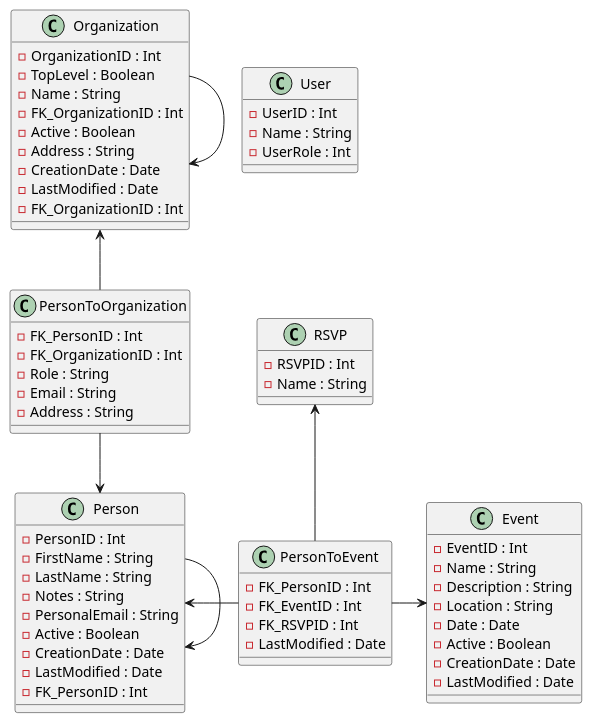
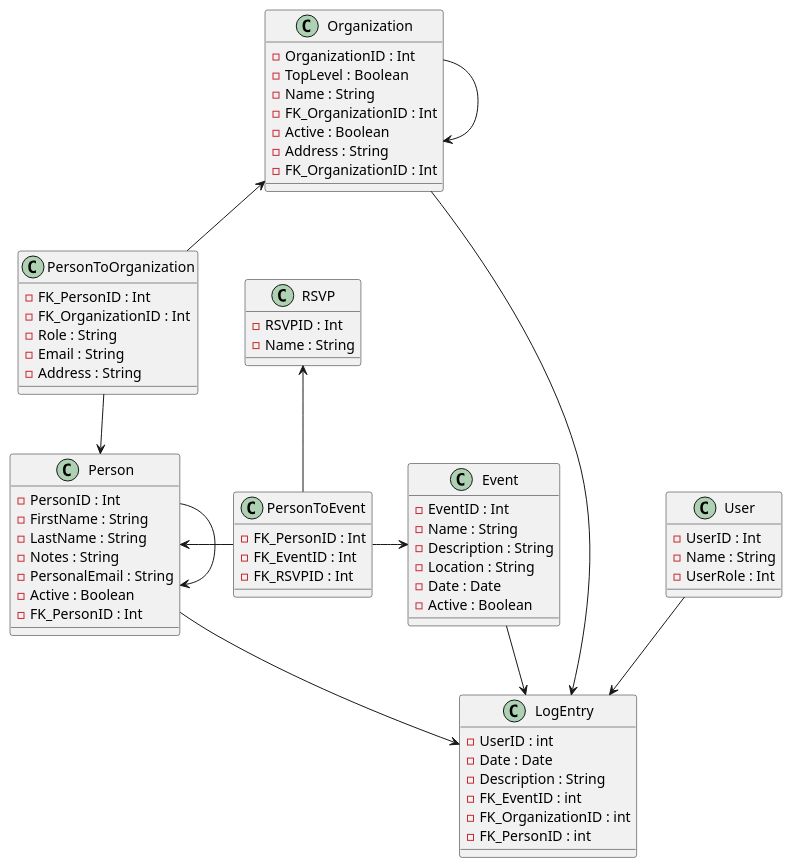
One commit to Vibenk/LilaElefant changed the diagram in architecture/database/data.puml. Above: the diagram before and after it, drawn with PlantUML. The commit also changed 1 other file, not shown here.

```diff
--- a/architecture/database/data.puml
+++ b/architecture/database/data.puml
@@ -1,77 +1,92 @@
 @startuml
 
 'left to right direction
 
 class Organization {
   -OrganizationID : Int
   -TopLevel : Boolean
   -Name : String
   -FK_OrganizationID : Int
   -Active : Boolean
   -Address : String
-  -CreationDate : Date
-  -LastModified : Date
+'  -CreationDate : Date
+'  -LastModified : Date
   -FK_OrganizationID : Int 
 }
 
 
 class Person {
   -PersonID : Int
   -FirstName : String
   -LastName : String
   -Notes : String
   -PersonalEmail : String
   -Active : Boolean
-  -CreationDate : Date
-  -LastModified : Date
+'  -CreationDate : Date
+'  -LastModified : Date
   -FK_PersonID : Int
 }
 
 class PersonToOrganization {
   -FK_PersonID : Int
   -FK_OrganizationID : Int
   -Role : String
   -Email : String
   -Address : String
 }
 
 
 class Event {
   -EventID : Int
   -Name : String
   -Description : String
   -Location : String
   -Date : Date
   -Active : Boolean
-  -CreationDate : Date
-  -LastModified : Date
+'  -CreationDate : Date
+'  -LastModified : Date
 }
 
 class RSVP {
   -RSVPID : Int
   -Name : String
 }
 
 class PersonToEvent {
   -FK_PersonID : Int
   -FK_EventID : Int
   -FK_RSVPID : Int
-  -LastModified : Date
+'  -LastModified : Date
 }
 
 class User {
   -UserID : Int
   -Name : String
   -UserRole : Int
 }
 
 
+class LogEntry {
+  -UserID : int
+  -Date : Date
+  -Description : String
+  -FK_EventID : int
+  -FK_OrganizationID : int
+  -FK_PersonID : int
+
+}
+
 PersonToOrganization -down-> Person
 PersonToOrganization -up-> Organization
 PersonToEvent -left-> Person
 PersonToEvent -right-> Event
 PersonToEvent -up-> RSVP
 Organization -> Organization
 Person -> Person
 
+Organization --> LogEntry
+Person --> LogEntry
+Event --> LogEntry
+User --> LogEntry
+
 @enduml
```
